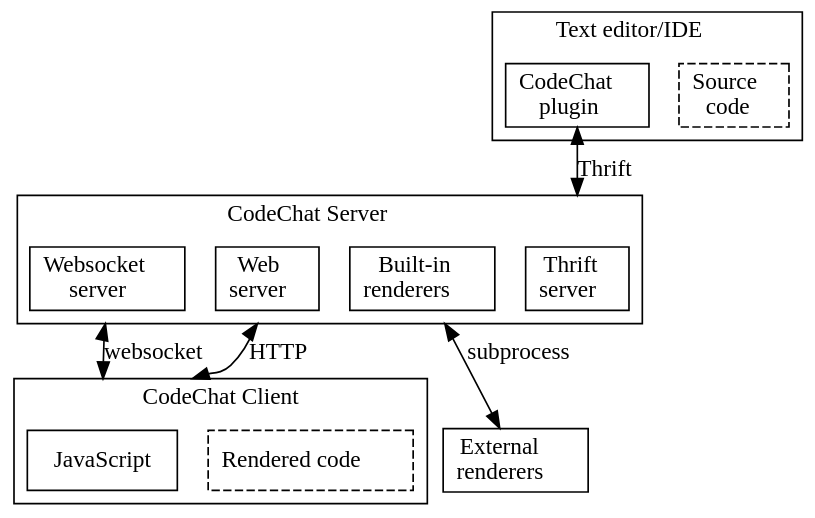
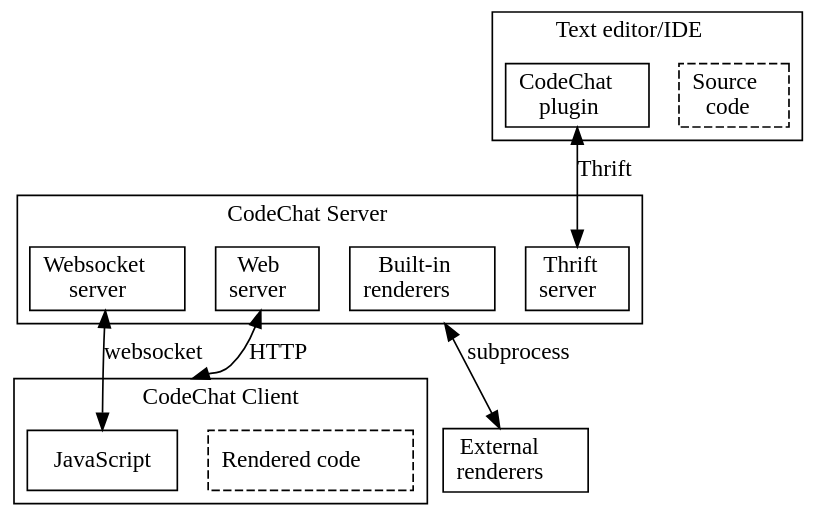
Before and after one commit to mrsuman2002/A_modular_Plugin-CodeChat: the diagram in docs/developer.rst, drawn with Graphviz. The commit also changed other lines of this file, not shown here.

Commit message:
Docs: Improve arrows in diagram.

```diff
--- a/docs/developer.rst
+++ b/docs/developer.rst
@@ -6,31 +6,31 @@
 .. digraph:: architecture
 
     bgcolor = transparent;
     compound = true;
     node [shape = box];
     subgraph cluster_text_editor {
         label = <Text editor/IDE>;
         source_code [label = <Source<br />code>, style = dashed];
         CodeChat_plugin [label = <CodeChat<br />plugin>];
     }
 
     subgraph cluster_server {
         label = <CodeChat Server>;
         thrift_server [label = <Thrift<br />server>];
         websocket_server [label = <Websocket<br />server>];
         web_server [label = <Web <br />server>];
         renderers [label = <Built-in<br />renderers>];
     }
 
     external_renderers [label = <External <br />renderers>];
 
     subgraph cluster_client {
         label = "CodeChat Client";
         rendered_code [label = <Rendered code>, style = dashed];
         JavaScript;
     }
 
-    CodeChat_plugin -> thrift_server [label = <Thrift>, dir = both, lhead = cluster_server];
-    websocket_server -> JavaScript [label = <websocket>, dir = both, lhead = cluster_client, ltail = cluster_server];
-    web_server -> JavaScript [label = <HTTP>, dir = both, lhead = cluster_client, ltail = cluster_server];
+    CodeChat_plugin -> thrift_server [label = <Thrift>, dir = both];
+    websocket_server -> JavaScript [label = <websocket>, dir = both];
+    web_server -> JavaScript [label = <HTTP>, dir = both, lhead = cluster_client];
     renderers -> external_renderers [label = <subprocess>, ltail = cluster_server, dir = both];
```
